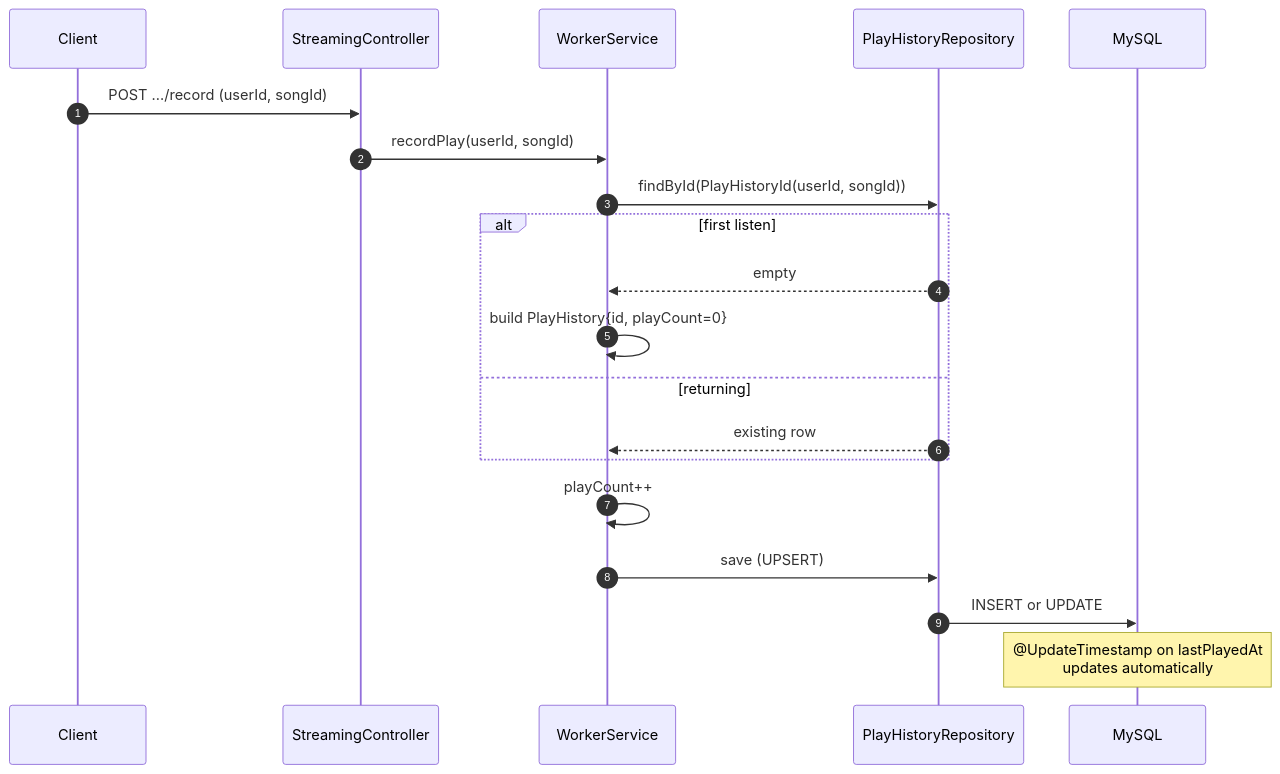
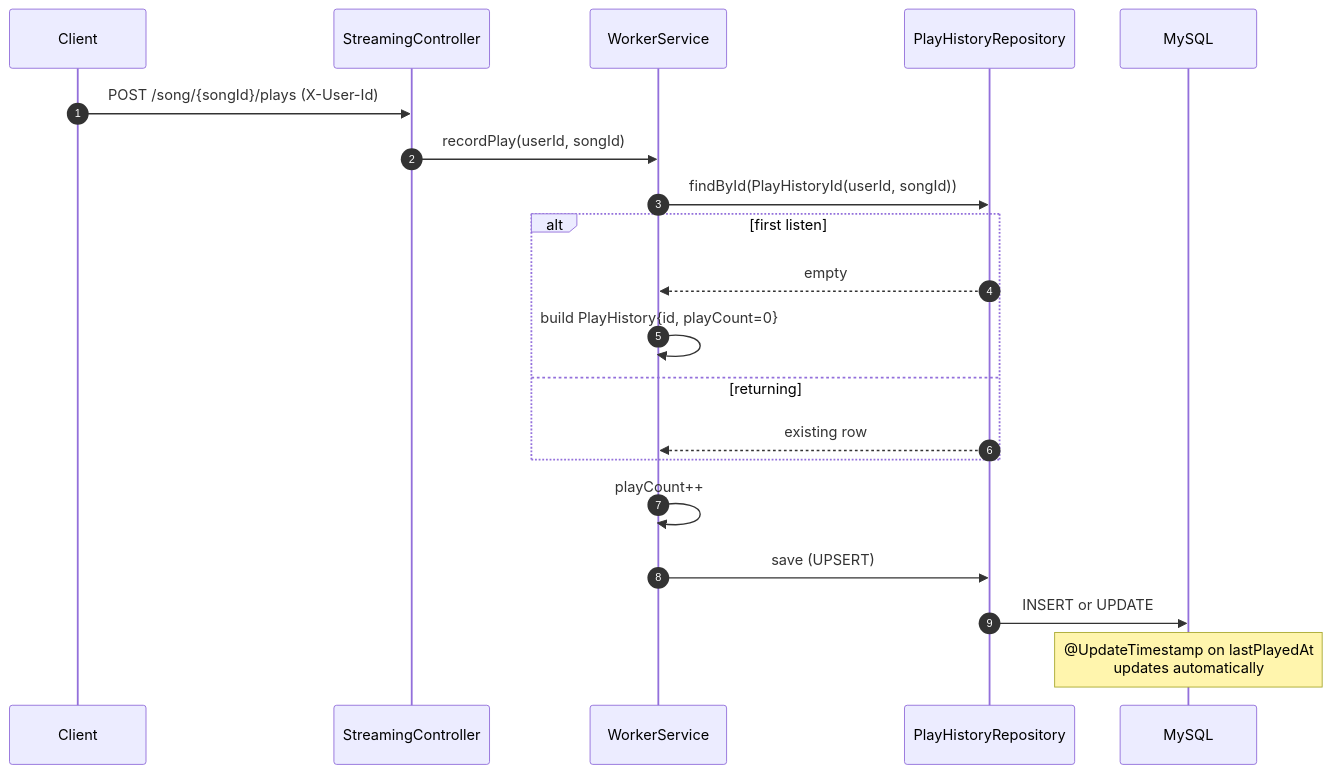
Before and after one commit to harshithrao07/cadence: the second of 3 diagrams in streaming-service/README.md, drawn with Mermaid. The commit also changed other lines of this file and 17 other files, not shown here.

````diff
--- a/streaming-service/README.md
+++ b/streaming-service/README.md
@@ -52,23 +63,23 @@
 ```mermaid
 sequenceDiagram
     autonumber
     participant Client
     participant SC as StreamingController
     participant WS as WorkerService
     participant Repo as PlayHistoryRepository
     participant DB as MySQL
 
-    Client->>SC: POST .../record (userId, songId)
+    Client->>SC: POST /song/{songId}/plays (X-User-Id)
     SC->>WS: recordPlay(userId, songId)
     WS->>Repo: findById(PlayHistoryId(userId, songId))
     alt first listen
         Repo-->>WS: empty
         WS->>WS: build PlayHistory{id, playCount=0}
     else returning
         Repo-->>WS: existing row
     end
     WS->>WS: playCount++
     WS->>Repo: save (UPSERT)
     Repo->>DB: INSERT or UPDATE
     Note over DB: @UpdateTimestamp on lastPlayedAt<br/>updates automatically
 ```
````
